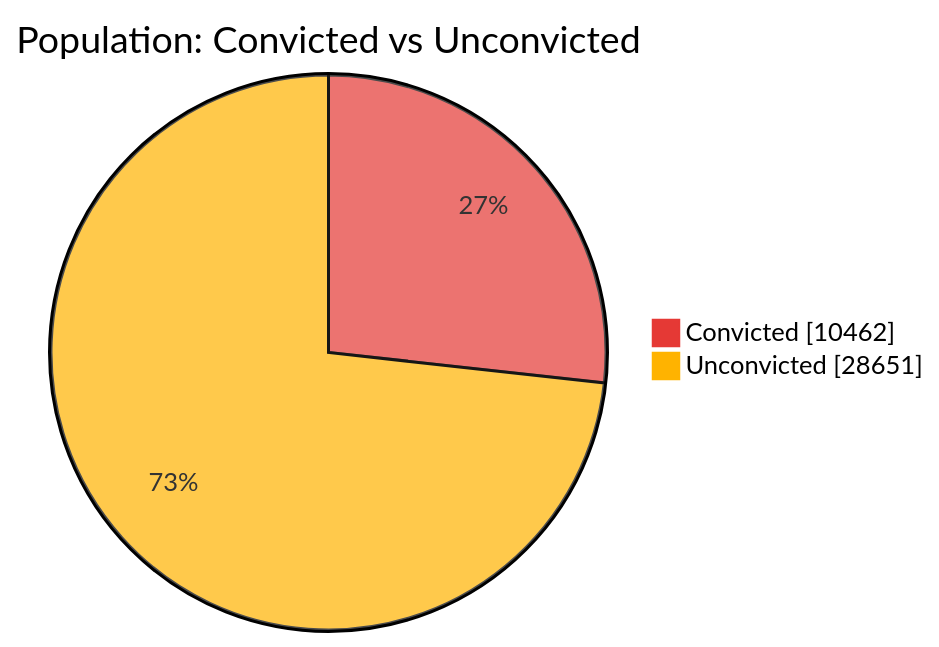
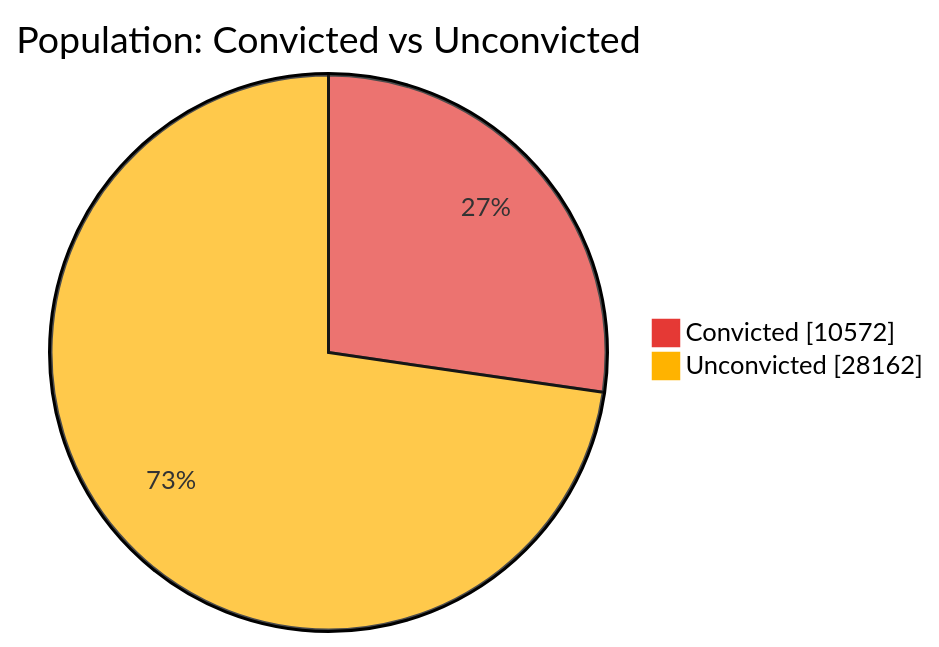
Before and after one commit to nuuuwan/lk_prisons: the first of 7 diagrams in README.md, drawn with Mermaid. The commit also changed other lines of this file and 1 other file, not shown here.

````diff
--- a/README.md
+++ b/README.md
@@ -43,6 +43,6 @@
 ```mermaid
 %%{init: {'themeVariables': {'pie1': '#E53935', 'pie2': '#FFB300'}}}%%
 pie showData title Population: Convicted vs Unconvicted
-    "Convicted" : 10462
-    "Unconvicted" : 28651
+    "Convicted" : 10572
+    "Unconvicted" : 28162
 ```
````
